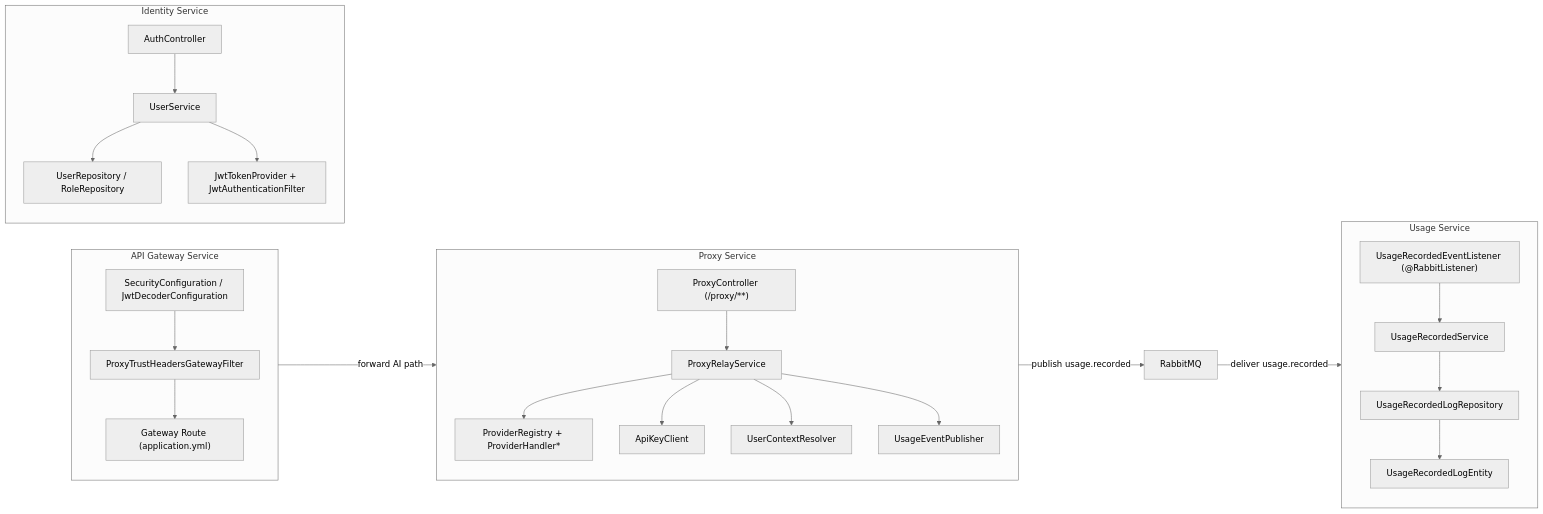
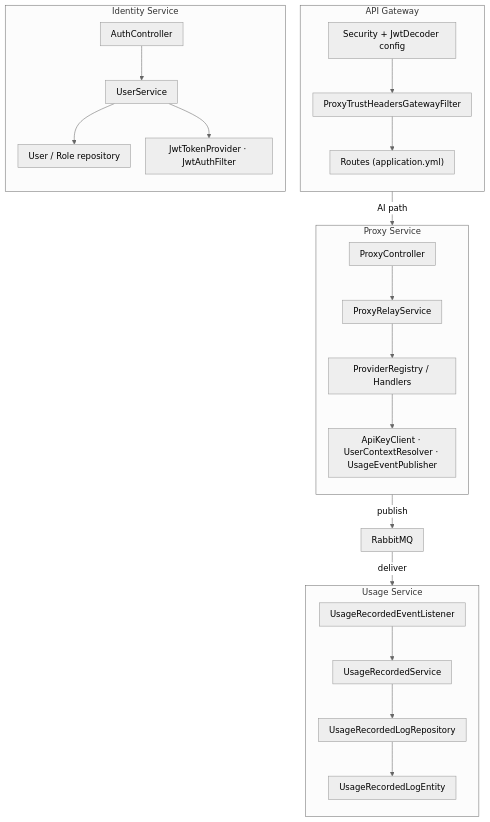
The third of 11 diagrams in docs/c4-architecture-diagrams.md (Zero-Bug-Freinds/ai-api-usage-monitor), drawn with Mermaid (neutral theme) before and after one commit. The commit also changed other lines of this file and 1 other file, not shown here.

````diff
--- a/docs/c4-architecture-diagrams.md
+++ b/docs/c4-architecture-diagrams.md
@@ -91,44 +111,45 @@
 ```mermaid
-flowchart LR
-  subgraph GW["API Gateway Service"]
-    gwSec["SecurityConfiguration / JwtDecoderConfiguration"]
+%%{init: {'flowchart': {'htmlLabels': true, 'nodeSpacing': 28, 'rankSpacing': 40, 'padding': 10}}}%%
+flowchart TB
+  subgraph GW["API Gateway"]
+    direction TB
+    gwSec["Security + JwtDecoder config"]
     gwFilter["ProxyTrustHeadersGatewayFilter"]
-    gwRoute["Gateway Route (application.yml)"]
+    gwRoute["Routes (application.yml)"]
     gwSec --> gwFilter --> gwRoute
   end
 
   subgraph PX["Proxy Service"]
-    pxCtl["ProxyController (/proxy/**)"]
+    direction TB
+    pxCtl["ProxyController"]
     pxRelay["ProxyRelayService"]
-    pxReg["ProviderRegistry + ProviderHandler*"]
-    pxKey["ApiKeyClient"]
-    pxCtx["UserContextResolver"]
-    pxPub["UsageEventPublisher"]
-    pxCtl --> pxRelay
-    pxRelay --> pxReg
-    pxRelay --> pxKey
-    pxRelay --> pxCtx
-    pxRelay --> pxPub
+    pxReg["ProviderRegistry / Handlers"]
+    pxRow["ApiKeyClient · UserContextResolver · UsageEventPublisher"]
+    pxCtl --> pxRelay --> pxReg --> pxRow
   end
 
+  RABBIT["RabbitMQ"]
+
   subgraph US["Usage Service"]
-    usListener["UsageRecordedEventListener (@RabbitListener)"]
+    direction TB
+    usListener["UsageRecordedEventListener"]
     usSvc["UsageRecordedService"]
     usRepo["UsageRecordedLogRepository"]
     usEntity["UsageRecordedLogEntity"]
     usListener --> usSvc --> usRepo --> usEntity
   end
 
   subgraph ID["Identity Service"]
+    direction TB
     idCtl["AuthController"]
     idSvc["UserService"]
-    idRepo["UserRepository / RoleRepository"]
-    idJwt["JwtTokenProvider + JwtAuthenticationFilter"]
+    idRepo["User / Role repository"]
+    idJwt["JwtTokenProvider · JwtAuthFilter"]
     idCtl --> idSvc --> idRepo
     idSvc --> idJwt
   end
 
-  GW -->|forward AI path| PX
-  PX -->|publish usage.recorded| RABBIT["RabbitMQ"]
-  RABBIT -->|deliver usage.recorded| US
+  GW -->|AI path| PX
+  PX -->|publish| RABBIT
+  RABBIT -->|deliver| US
 ```
````
